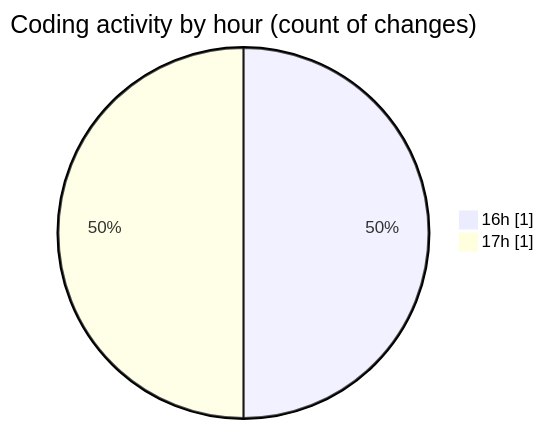
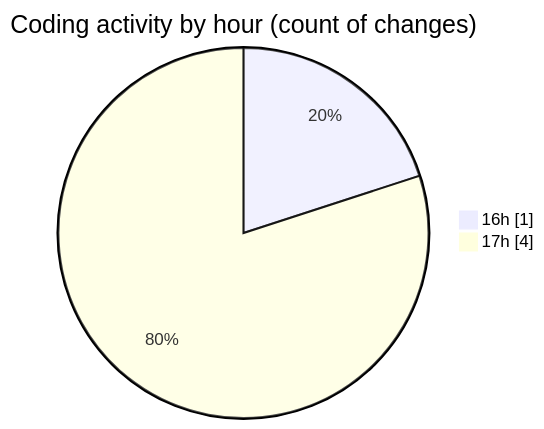
The second of 2 diagrams in 2025-08-20/enfold-child/README.md (debugP/code-tracking), drawn with Mermaid before and after one commit. The commit also changed other lines of this file and 1 other file, not shown here.

````diff
--- a/2025-08-20/enfold-child/README.md
+++ b/2025-08-20/enfold-child/README.md
@@ -28,6 +28,6 @@
 ```mermaid
 pie showData
 title Coding activity by hour (count of changes)
 "16h" : 1
-"17h" : 1
+"17h" : 4
 ```
````
